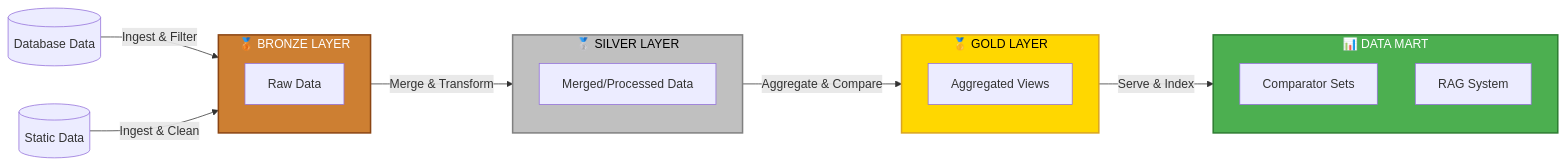
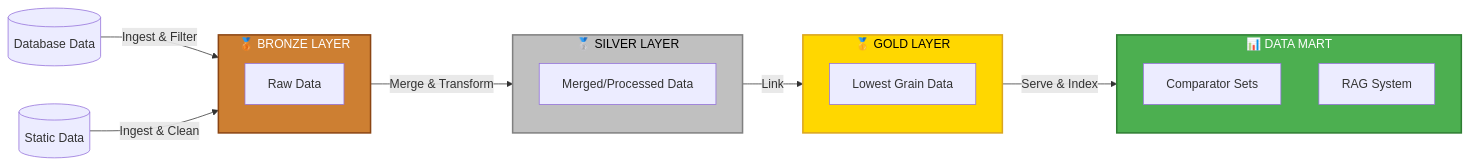
One commit to DFE-Digital/education-benchmarking-and-insights changed the diagram in documentation/architecture/12_DfE-Databricks.md. Above: the diagram before and after it, drawn with Mermaid. The commit also changed other lines of this file, not shown here.

````diff
--- a/documentation/architecture/12_DfE-Databricks.md
+++ b/documentation/architecture/12_DfE-Databricks.md
@@ -21,45 +21,45 @@
 ```mermaid
 flowchart LR
     %% Data Sources
     DB[(Database Data)]
     STATIC[(Static Data)]
     
     %% Bronze Layer
     subgraph BRONZE ["🥉 BRONZE LAYER"]
         RAW[Raw Data]
     end
     
     %% Silver Layer
     subgraph SILVER ["🥈 SILVER LAYER"]
         MERGE[Merged/Processed Data]
     end
     
     %% Gold Layer
     subgraph GOLD ["🥇 GOLD LAYER"]
-        AGGR[Aggregated Views]
+        AGGR[Lowest Grain Data]
     end
     
     %% Data Mart
     subgraph MART ["📊 DATA MART"]
         COMP[Comparator Sets]
         RAG[RAG System]
     end
     
     %% Flow connections with transformation labels
     DB -->|Ingest & Filter| BRONZE
     STATIC -->|Ingest & Clean| BRONZE
     BRONZE -->|Merge & Transform| SILVER
-    SILVER -->|Aggregate & Compare| GOLD
+    SILVER -->|Link| GOLD
     GOLD -->|Serve & Index| MART
     
     %% Styling
     classDef bronzeStyle fill:#CD7F32,stroke:#8B4513,stroke-width:2px,color:#fff
     classDef silverStyle fill:#C0C0C0,stroke:#808080,stroke-width:2px,color:#000
     classDef goldStyle fill:#FFD700,stroke:#DAA520,stroke-width:2px,color:#000
     classDef martStyle fill:#4CAF50,stroke:#2E7D32,stroke-width:2px,color:#fff
     
     class BRONZE bronzeStyle
     class SILVER silverStyle
     class GOLD goldStyle
     class MART martStyle
 ```
````
